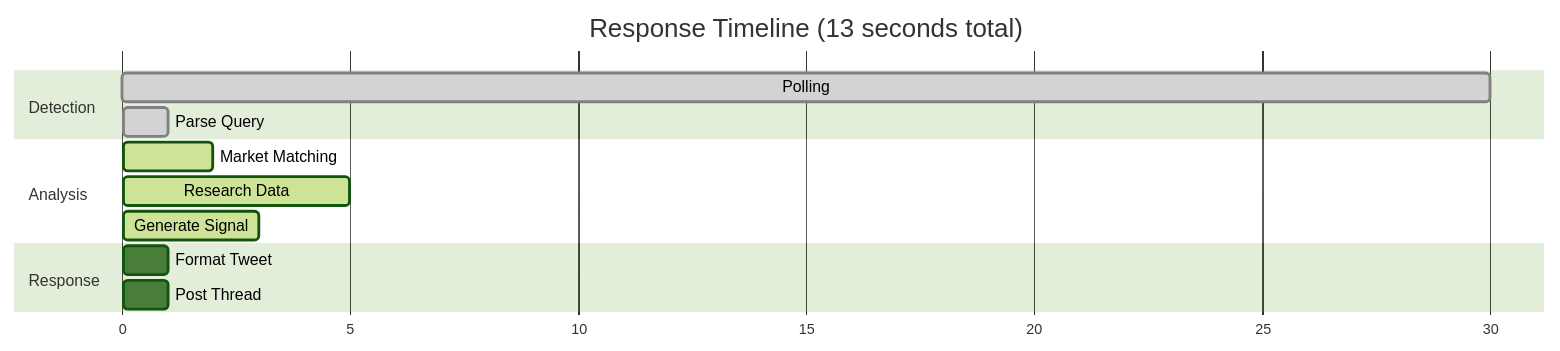
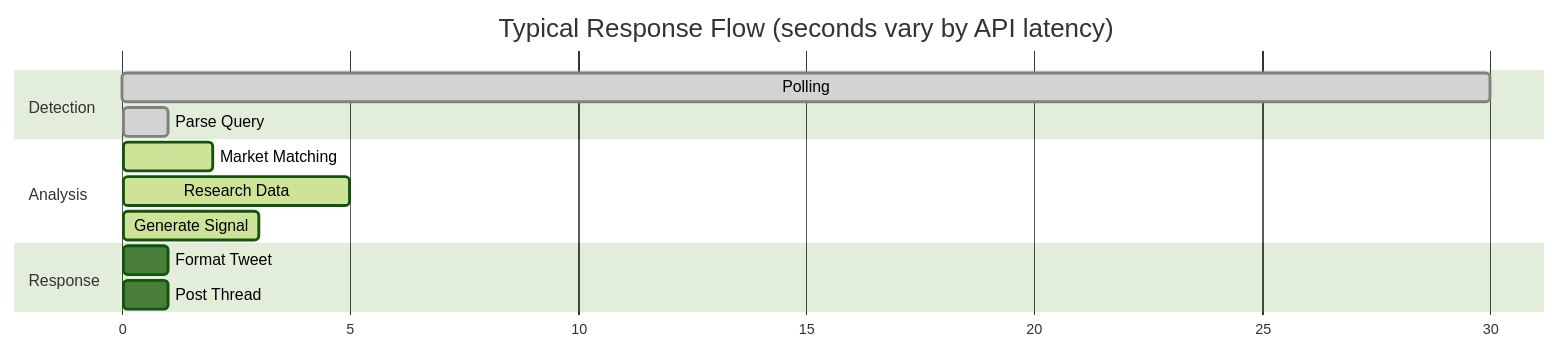
The diagram in gitbook/getting-started/demo-examples.md (clydedevv/VinnieTheVig), drawn with Mermaid (forest theme) before and after one commit. The commit also changed other lines of this file and 12 other files, not shown here.

````diff
--- a/gitbook/getting-started/demo-examples.md
+++ b/gitbook/getting-started/demo-examples.md
@@ -121,19 +121,19 @@
 ```mermaid
 gantt
-    title Response Timeline (13 seconds total)
+    title Typical Response Flow (seconds vary by API latency)
     dateFormat X
     axisFormat %s
 
     section Detection
     Polling          :done, poll, 0, 30
     Parse Query      :done, parse, 30, 1
 
     section Analysis
     Market Matching  :active, match, 31, 2
     Research Data    :active, research, 33, 5
     Generate Signal  :active, gen, 38, 3
 
     section Response
     Format Tweet     :format, 41, 1
     Post Thread      :post, 42, 1
 ```
````
